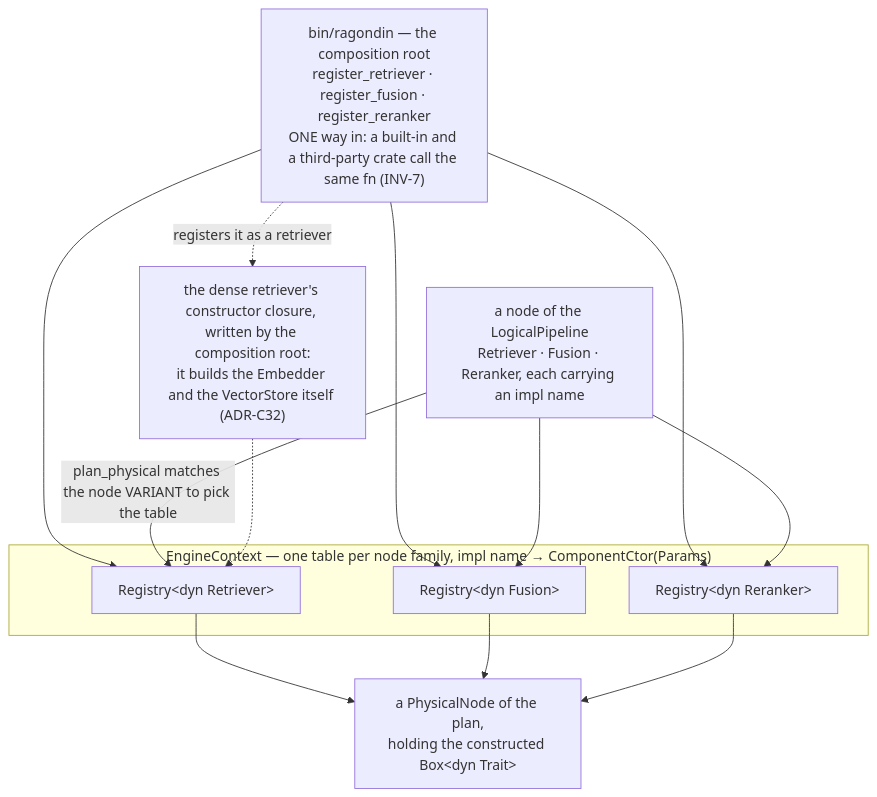
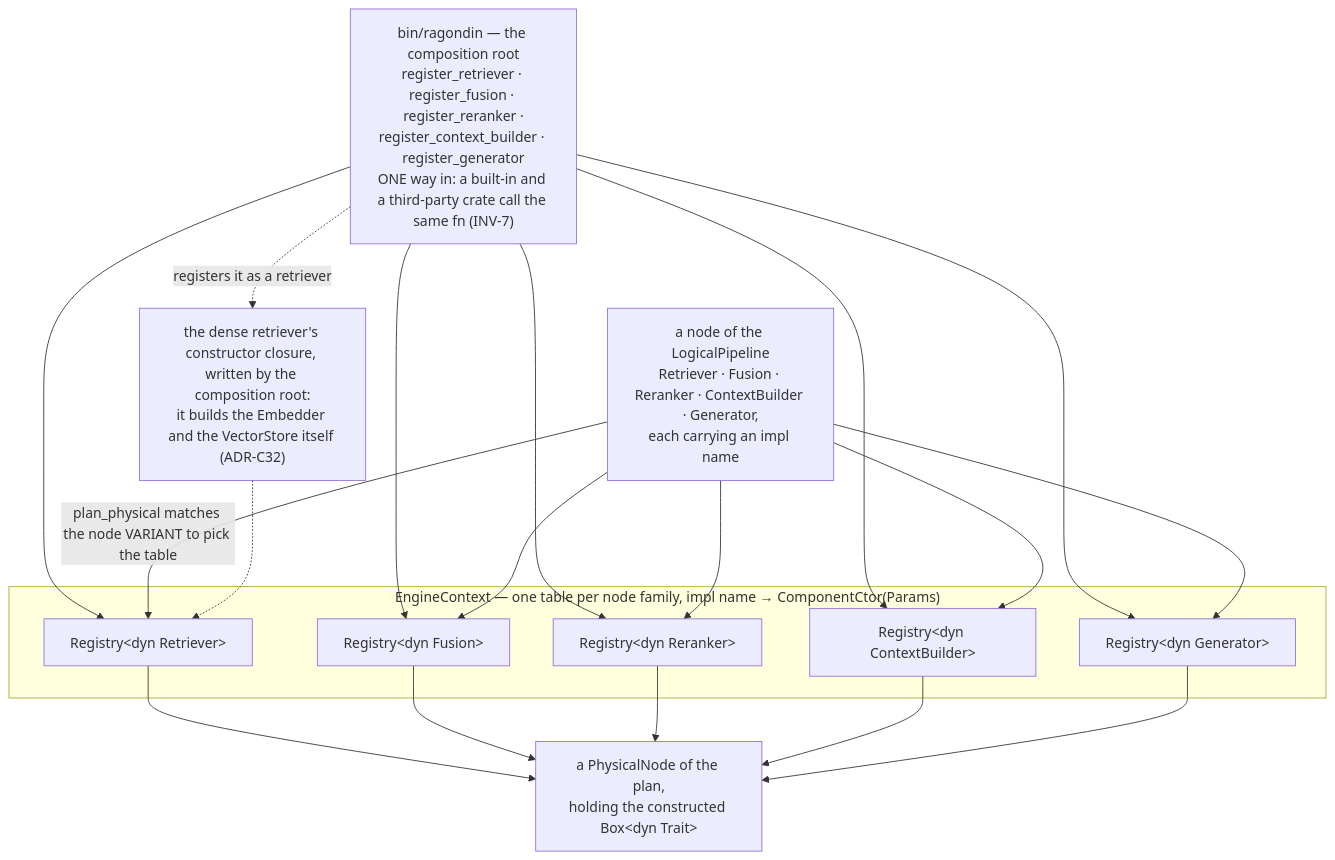
The third of 4 diagrams in docs/code-architecture.md (genesary/Ragondin), drawn with Mermaid before and after one commit. The commit also changed other lines of this file and 12 other files, not shown here.

First line of the commit message:
feat(ragondin-engine): plan and execute the context builder and generator, and name the context and the answer in the trace (#299)

````diff
--- a/docs/code-architecture.md
+++ b/docs/code-architecture.md
@@ -453,24 +454,30 @@
 ```mermaid
 flowchart TB
-  ROOT["bin/ragondin — the composition root<br/>register_retriever · register_fusion · register_reranker<br/>ONE way in: a built-in and a third-party crate call the same fn (INV-7)"]
+  ROOT["bin/ragondin — the composition root<br/>register_retriever · register_fusion · register_reranker ·<br/>register_context_builder · register_generator<br/>ONE way in: a built-in and a third-party crate call the same fn (INV-7)"]
 
   subgraph CTX["EngineContext — one table per node family, impl name → ComponentCtor(Params)"]
     RT["Registry#60;dyn Retriever#62;"]
     FU["Registry#60;dyn Fusion#62;"]
     RR["Registry#60;dyn Reranker#62;"]
+    CB["Registry#60;dyn ContextBuilder#62;"]
+    GE["Registry#60;dyn Generator#62;"]
   end
 
-  ROOT --> RT & FU & RR
+  ROOT --> RT & FU & RR & CB & GE
 
-  NODE["a node of the LogicalPipeline<br/>Retriever · Fusion · Reranker, each carrying an impl name"]
+  NODE["a node of the LogicalPipeline<br/>Retriever · Fusion · Reranker · ContextBuilder · Generator,<br/>each carrying an impl name"]
   NODE -->|"plan_physical matches the node VARIANT to pick the table"| RT
   NODE --> FU
   NODE --> RR
+  NODE --> CB
+  NODE --> GE
   RT --> PN["a PhysicalNode of the plan,<br/>holding the constructed Box#60;dyn Trait#62;"]
   FU --> PN
   RR --> PN
+  CB --> PN
+  GE --> PN
 
   DENSE["the dense retriever's constructor closure, written by the composition root:<br/>it builds the Embedder and the VectorStore itself (ADR-C32)"]
   ROOT -.->|"registers it as a retriever"| DENSE
   DENSE -.-> RT
 ```
````
